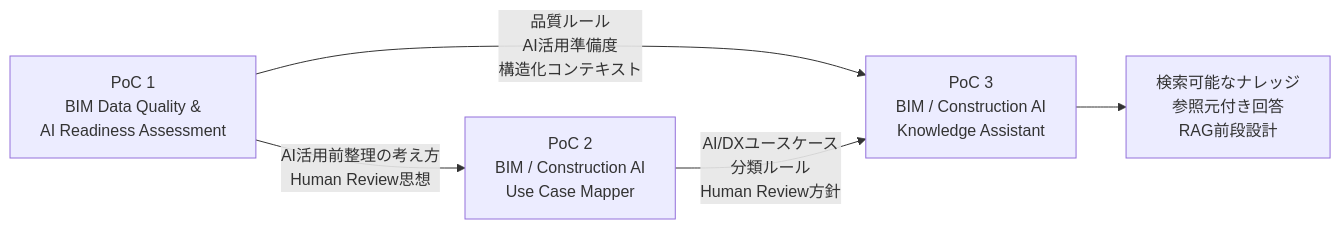
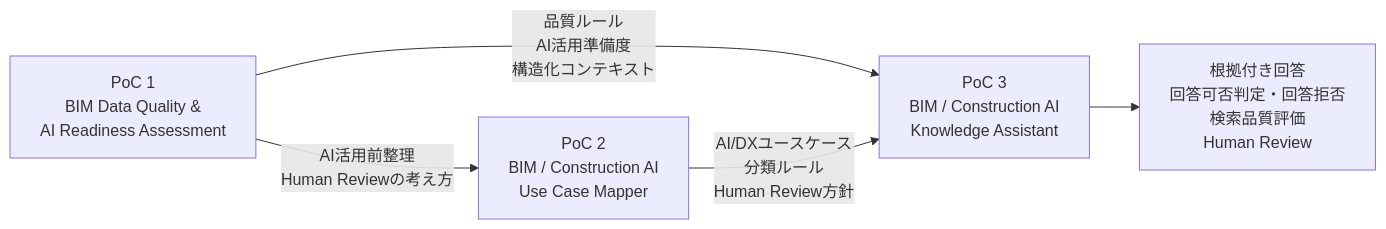
Before and after one commit to takahashi-365/bim-construction-ai-portfolio: the diagram in README.md, drawn with Mermaid. The commit also changed other lines of this file and 1 other file, not shown here.

````diff
--- a/README.md
+++ b/README.md
@@ -36,12 +33,12 @@
 ```mermaid
 flowchart LR
     POC1["PoC 1<br/>BIM Data Quality &<br/>AI Readiness Assessment"]
     POC2["PoC 2<br/>BIM / Construction AI<br/>Use Case Mapper"]
     POC3["PoC 3<br/>BIM / Construction AI<br/>Knowledge Assistant"]
 
-    POC1 -->|"AI活用前整理の考え方<br/>Human Review思想"| POC2
     POC1 -->|"品質ルール<br/>AI活用準備度<br/>構造化コンテキスト"| POC3
+    POC1 -->|"AI活用前整理<br/>Human Reviewの考え方"| POC2
     POC2 -->|"AI/DXユースケース<br/>分類ルール<br/>Human Review方針"| POC3
 
-    POC3 --> RESULT["検索可能なナレッジ<br/>参照元付き回答<br/>RAG前段設計"]
+    POC3 --> RESULT["根拠付き回答<br/>回答可否判定・回答拒否<br/>検索品質評価<br/>Human Review"]
 ```
````
